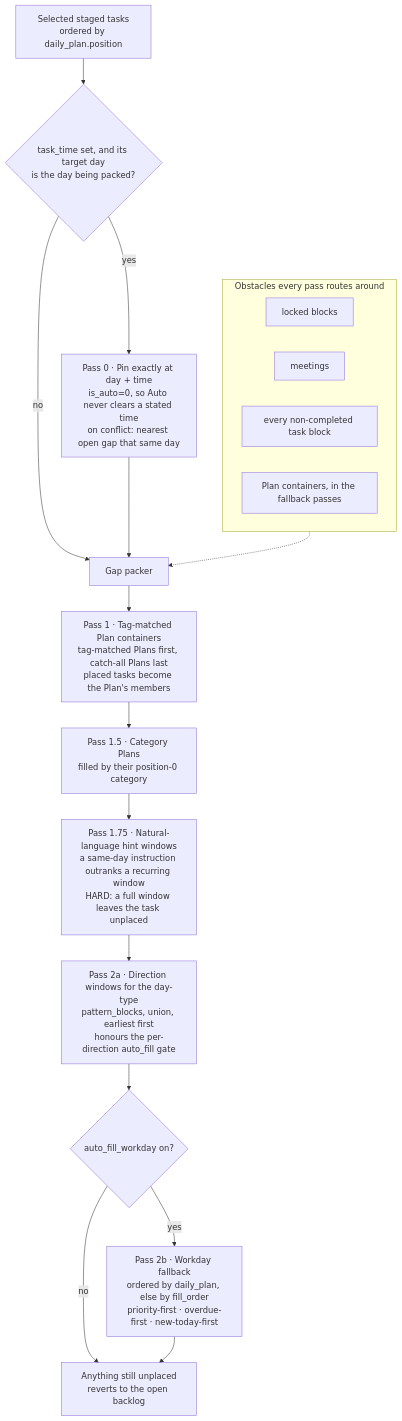
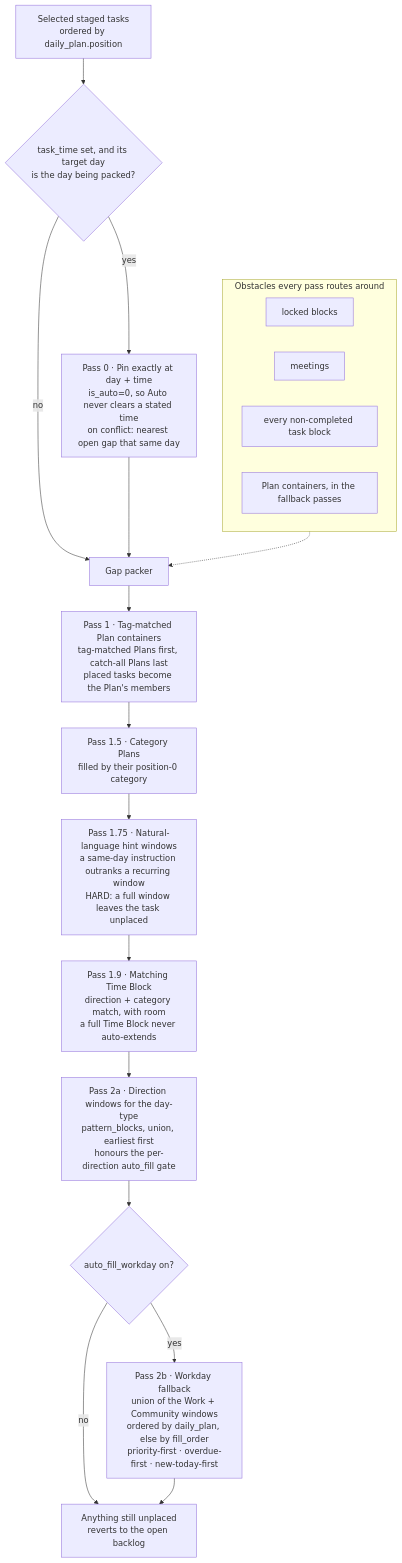
Before and after one commit to companionintelligence/CI-Planning: the ninth of 10 diagrams in README.md, drawn with Mermaid. The commit also changed other lines of this file and 30 other files, not shown here.

````diff
--- a/README.md
+++ b/README.md
@@ -1326,24 +1652,25 @@
 ```mermaid
 flowchart TD
     A[Selected staged tasks<br/>ordered by daily_plan.position] --> B{task_time set, and its target day<br/>is the day being packed?}
     B -->|yes| P0["Pass 0 · Pin exactly at day + time<br/>is_auto=0, so Auto never clears a stated time<br/>on conflict: nearest open gap that same day"]
     B -->|no| C[Gap packer]
     P0 --> C
 
     C --> P1["Pass 1 · Tag-matched Plan containers<br/>tag-matched Plans first, catch-all Plans last<br/>placed tasks become the Plan's members"]
     P1 --> P15["Pass 1.5 · Category Plans<br/>filled by their position-0 category"]
     P15 --> P175["Pass 1.75 · Natural-language hint windows<br/>a same-day instruction outranks a recurring window<br/>HARD: a full window leaves the task unplaced"]
-    P175 --> P2A["Pass 2a · Direction windows for the day-type<br/>pattern_blocks, union, earliest first<br/>honours the per-direction auto_fill gate"]
+    P175 --> P19["Pass 1.9 · Matching Time Block<br/>direction + category match, with room<br/>a full Time Block never auto-extends"]
+    P19 --> P2A["Pass 2a · Direction windows for the day-type<br/>pattern_blocks, union, earliest first<br/>honours the per-direction auto_fill gate"]
     P2A --> P2B{auto_fill_workday on?}
-    P2B -->|yes| P2BB["Pass 2b · Workday fallback<br/>ordered by daily_plan, else by fill_order<br/>priority-first · overdue-first · new-today-first"]
+    P2B -->|yes| P2BB["Pass 2b · Workday fallback<br/>union of the Work + Community windows<br/>ordered by daily_plan, else by fill_order<br/>priority-first · overdue-first · new-today-first"]
     P2B -->|no| U
     P2BB --> U[Anything still unplaced<br/>reverts to the open backlog]
 
     subgraph OBS["Obstacles every pass routes around"]
         O1[locked blocks]
         O2[meetings]
         O3[every non-completed task block]
         O4[Plan containers, in the fallback passes]
     end
     OBS -.-> C
 ```
````
